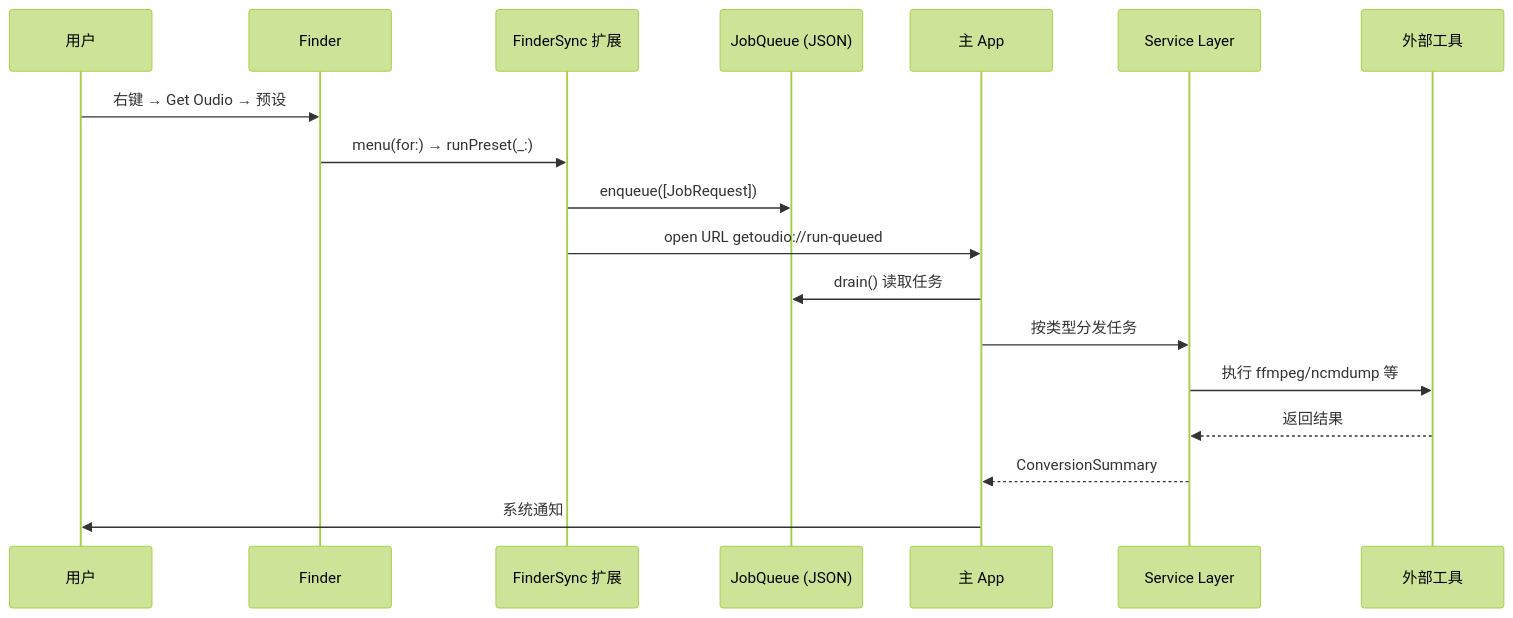
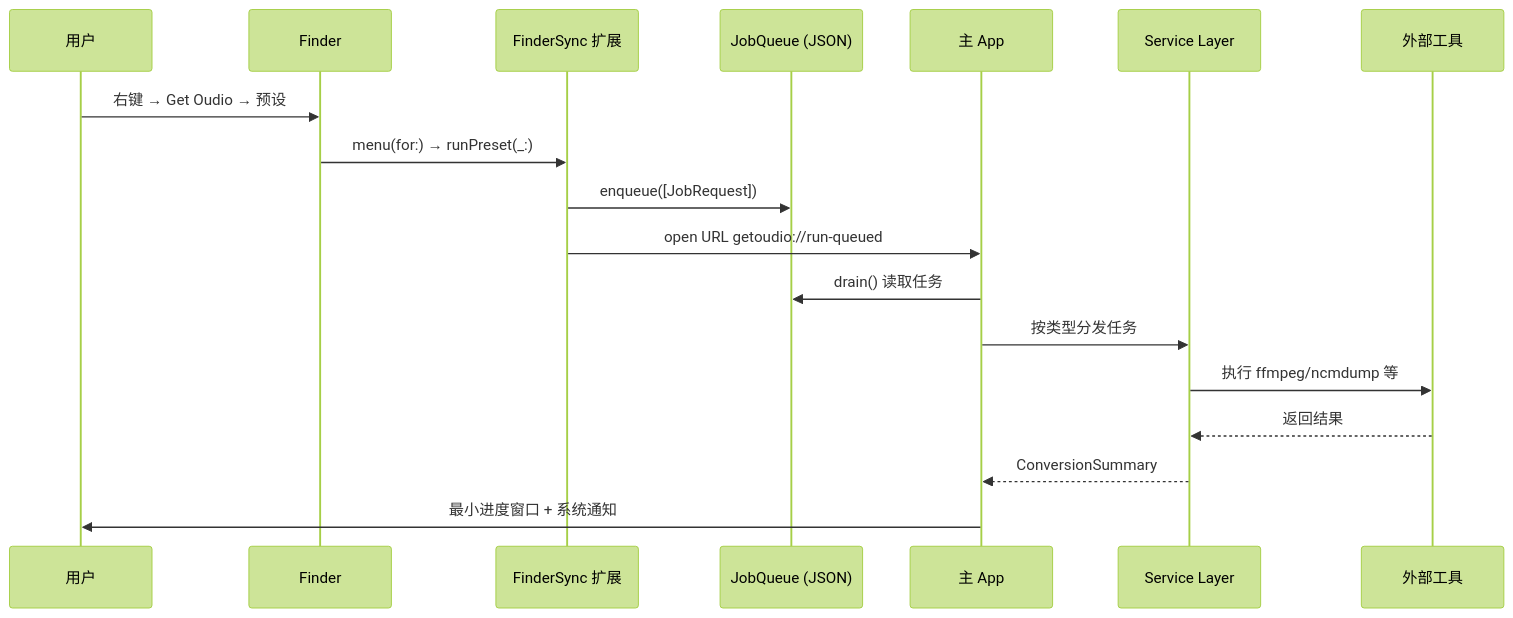
The second of 2 diagrams in 开发指导.md (memomoonnnn/GetOudio), drawn with Mermaid (forest theme) before and after one commit. The commit also changed other lines of this file and 26 other files, not shown here.

Commit message:
更新图标/删除Queue窗口

````diff
--- a/开发指导.md
+++ b/开发指导.md
@@ -374,21 +392,21 @@
 ```mermaid
 sequenceDiagram
     participant User as 用户
     participant Finder as Finder
     participant FS as FinderSync 扩展
     participant JQ as JobQueue (JSON)
     participant App as 主 App
     participant Svc as Service Layer
     participant Tool as 外部工具
 
     User->>Finder: 右键 → Get Oudio → 预设
     Finder->>FS: menu(for:) → runPreset(_:)
     FS->>JQ: enqueue([JobRequest])
     FS->>App: open URL getoudio://run-queued
     App->>JQ: drain() 读取任务
     App->>Svc: 按类型分发任务
     Svc->>Tool: 执行 ffmpeg/ncmdump 等
     Tool-->>Svc: 返回结果
     Svc-->>App: ConversionSummary
-    App->>User: 系统通知
+    App->>User: 最小进度窗口 + 系统通知
 ```
````
